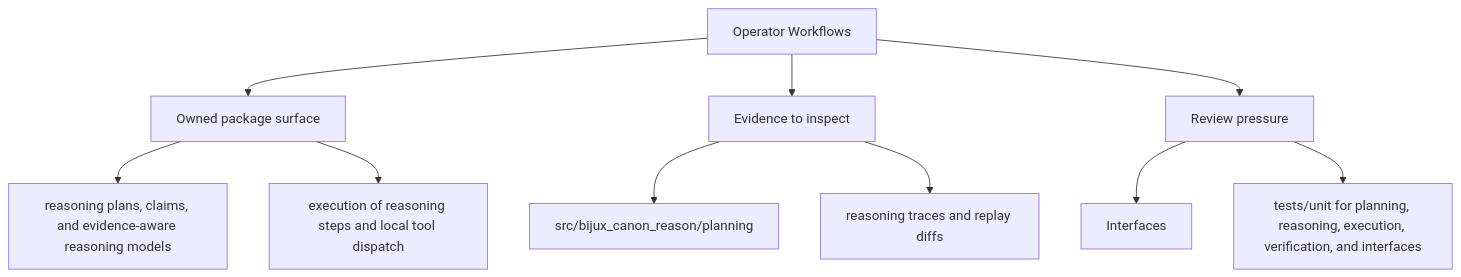
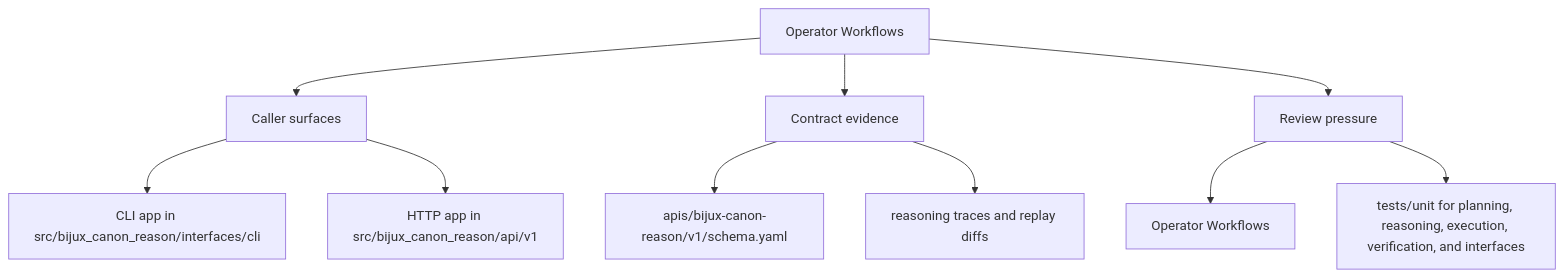
Before and after one commit to bijux/bijux-canon: the second of 2 diagrams in docs/bijux-canon-reason/interfaces/operator-workflows.md, drawn with Mermaid. The commit also changed other lines of this file and 250 other files, not shown here.

Commit message:
docs(diagrams): make product page maps more readable

````diff
--- a/docs/bijux-canon-reason/interfaces/operator-workflows.md
+++ b/docs/bijux-canon-reason/interfaces/operator-workflows.md
@@ -34,22 +34,22 @@
 ```mermaid
 flowchart TD
     page["Operator Workflows"]
-    focus1["Owned package surface"]
+    focus1["Caller surfaces"]
     page --> focus1
-    focus1_1["reasoning plans, claims, and evidence-aware reasoning models"]
+    focus1_1["CLI app in src/bijux_canon_reason/interfaces/cli"]
     focus1 --> focus1_1
-    focus1_2["execution of reasoning steps and local tool dispatch"]
+    focus1_2["HTTP app in src/bijux_canon_reason/api/v1"]
     focus1 --> focus1_2
-    focus2["Evidence to inspect"]
+    focus2["Contract evidence"]
     page --> focus2
-    focus2_1["src/bijux_canon_reason/planning"]
+    focus2_1["apis/bijux-canon-reason/v1/schema.yaml"]
     focus2 --> focus2_1
     focus2_2["reasoning traces and replay diffs"]
     focus2 --> focus2_2
     focus3["Review pressure"]
     page --> focus3
-    focus3_1["Interfaces"]
+    focus3_1["Operator Workflows"]
     focus3 --> focus3_1
     focus3_2["tests/unit for planning, reasoning, execution, verification, and interfaces"]
     focus3 --> focus3_2
 ```
````
